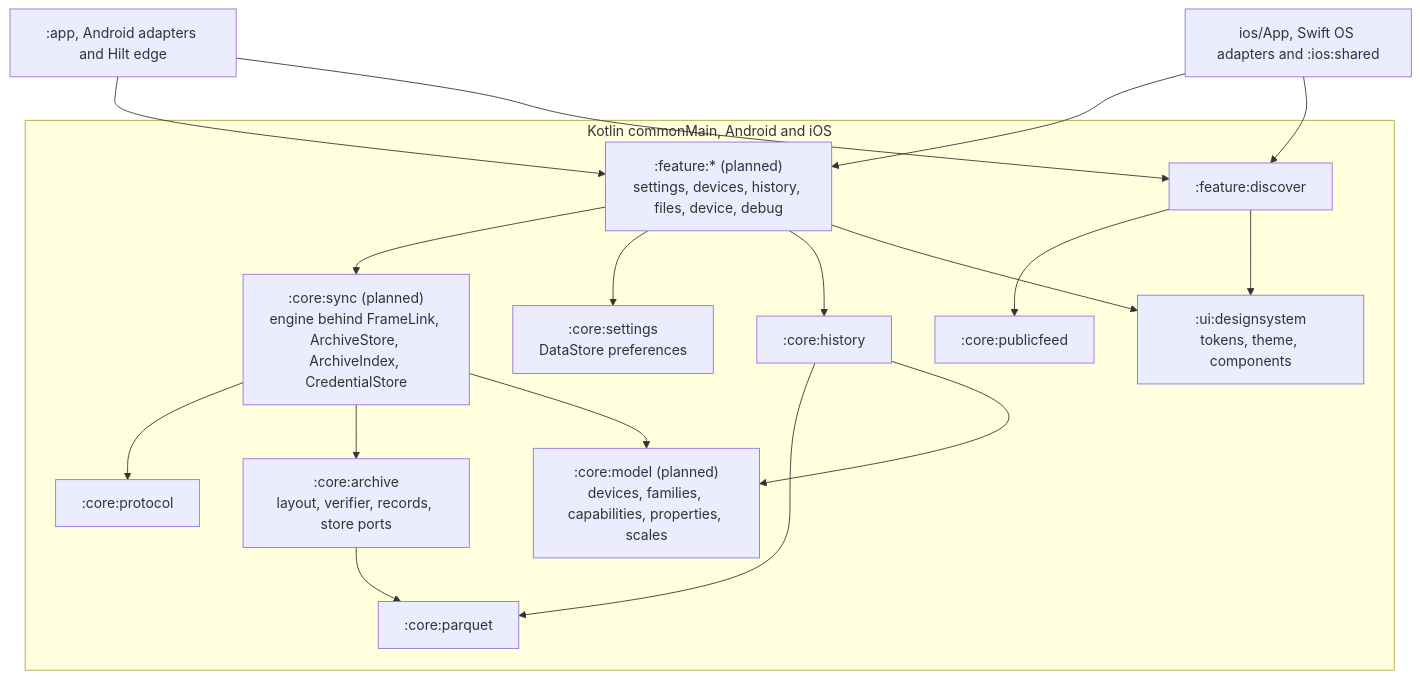
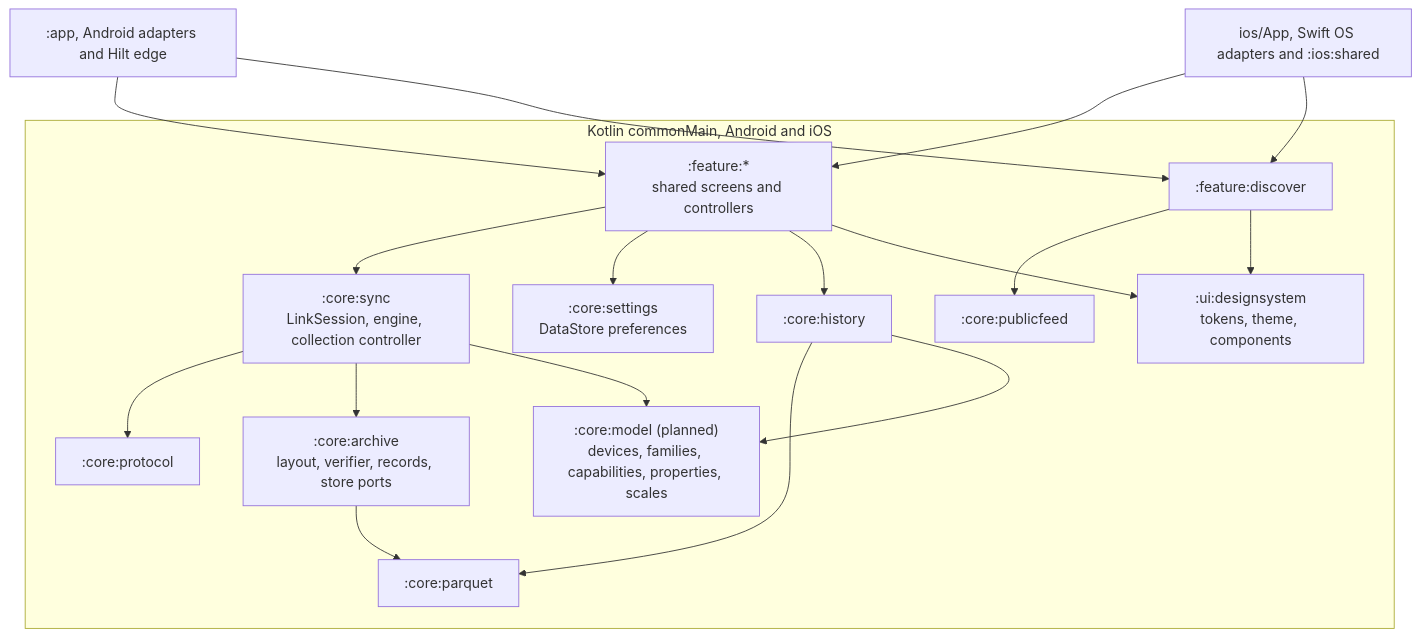
One commit to walkthru-earth/opensensor-space-mobile changed the second of 3 diagrams in docs/architecture.md. Above: the diagram before and after it, drawn with Mermaid. The commit also changed other lines of this file and 11 other files, not shown here.

First line of the commit message:
Refresh shared sync and platform guidance

````diff
--- a/docs/architecture.md
+++ b/docs/architecture.md
@@ -79,25 +85,25 @@
 ```mermaid
 flowchart TB
   subgraph shared["Kotlin commonMain, Android and iOS"]
     MO[":core:model (planned)<br/>devices, families, capabilities, properties, scales"]
     PR2[":core:protocol"]
-    SY[":core:sync (planned)<br/>engine behind FrameLink, ArchiveStore, ArchiveIndex, CredentialStore"]
+    SY[":core:sync<br/>LinkSession, engine, collection controller"]
     AR[":core:archive<br/>layout, verifier, records, store ports"]
     ST[":core:settings<br/>DataStore preferences"]
     PQ2[":core:parquet"]
     HI2[":core:history"]
     PF[":core:publicfeed"]
     DS[":ui:designsystem<br/>tokens, theme, components"]
-    FE[":feature:* (planned)<br/>settings, devices, history, files, device, debug"]
+    FE[":feature:*<br/>shared screens and controllers"]
     DI[":feature:discover"]
   end
   APP2[":app, Android adapters and Hilt edge"]
   IOS2["ios/App, Swift OS adapters and :ios:shared"]
   SY --> PR2 & AR & MO
   AR --> PQ2
   HI2 --> PQ2 & MO
   FE --> SY & ST & HI2 & DS
   DI --> PF & DS
   APP2 --> FE & DI
   IOS2 --> FE & DI
 ```
````
